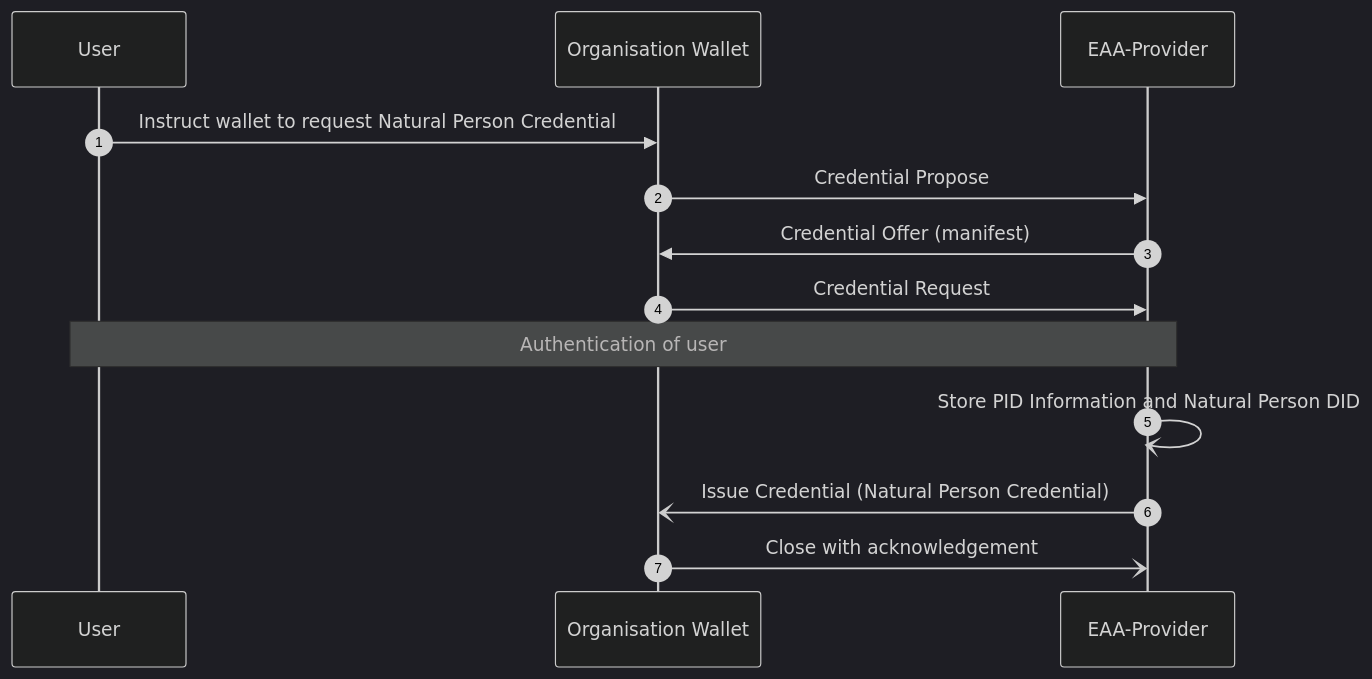
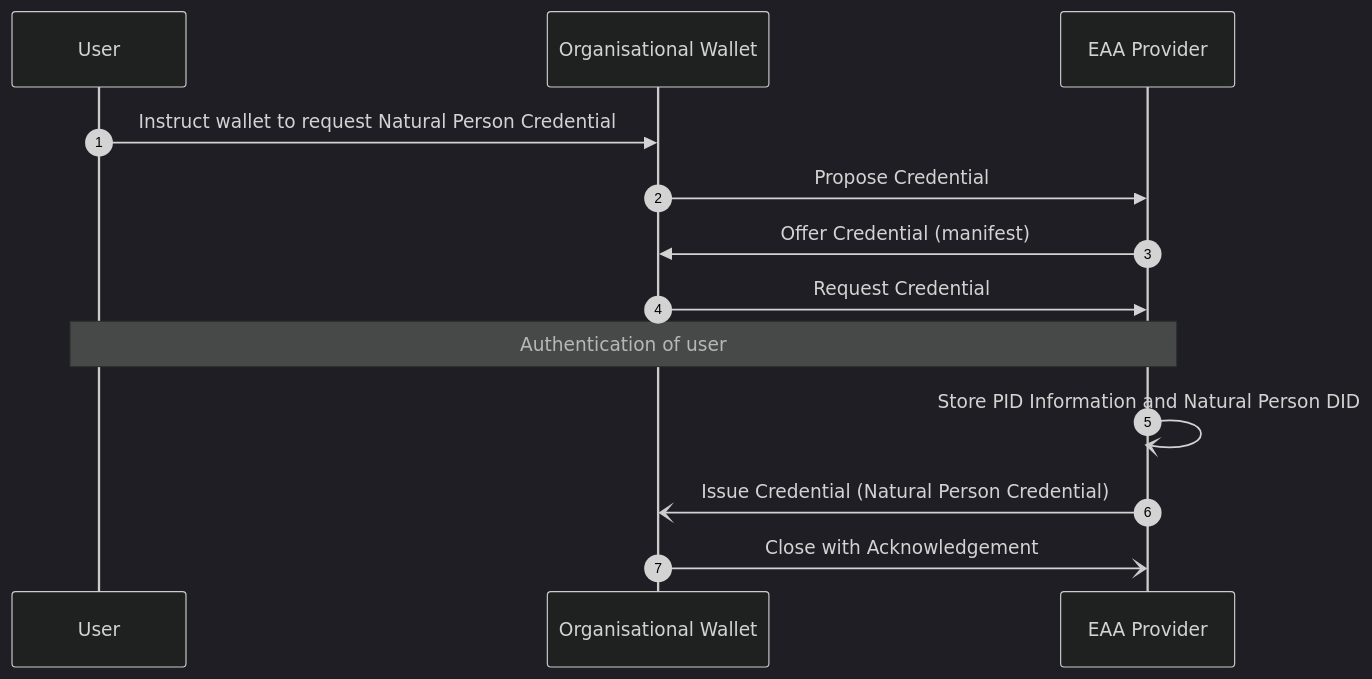
Before and after one commit to EWC-consortium/eudi-wallet-rfcs: the first of 3 diagrams in ewc-rfc010-issue-and-present-organisational-credentials.md, drawn with Mermaid (dark theme). The commit also changed other lines of this file, not shown here.

````diff
--- a/ewc-rfc010-issue-and-present-organisational-credentials.md
+++ b/ewc-rfc010-issue-and-present-organisational-credentials.md
@@ -192,19 +193,19 @@
 ```mermaid
 sequenceDiagram
   autonumber
 
   participant User as User
-  participant OrgWallet as Organisation Wallet
-  participant EAAP as EAA-Provider
+  participant OrgWallet as Organisational Wallet
+  participant EAAP as EAA Provider
 
   User->>OrgWallet: Instruct wallet to request Natural Person Credential
-  OrgWallet->>EAAP: Credential Propose
-  EAAP->>OrgWallet: Credential Offer (manifest)
-  OrgWallet->>EAAP: Credential Request
+  OrgWallet->>EAAP: Propose Credential
+  EAAP->>OrgWallet: Offer Credential (manifest)
+  OrgWallet->>EAAP: Request Credential
 
   Note over User, EAAP: Authentication of user
 
   EAAP-)EAAP: Store PID Information and Natural Person DID
   EAAP-)OrgWallet: Issue Credential (Natural Person Credential)
-  OrgWallet -) EAAP: Close with acknowledgement
+  OrgWallet -) EAAP: Close with Acknowledgement
 ```
````
